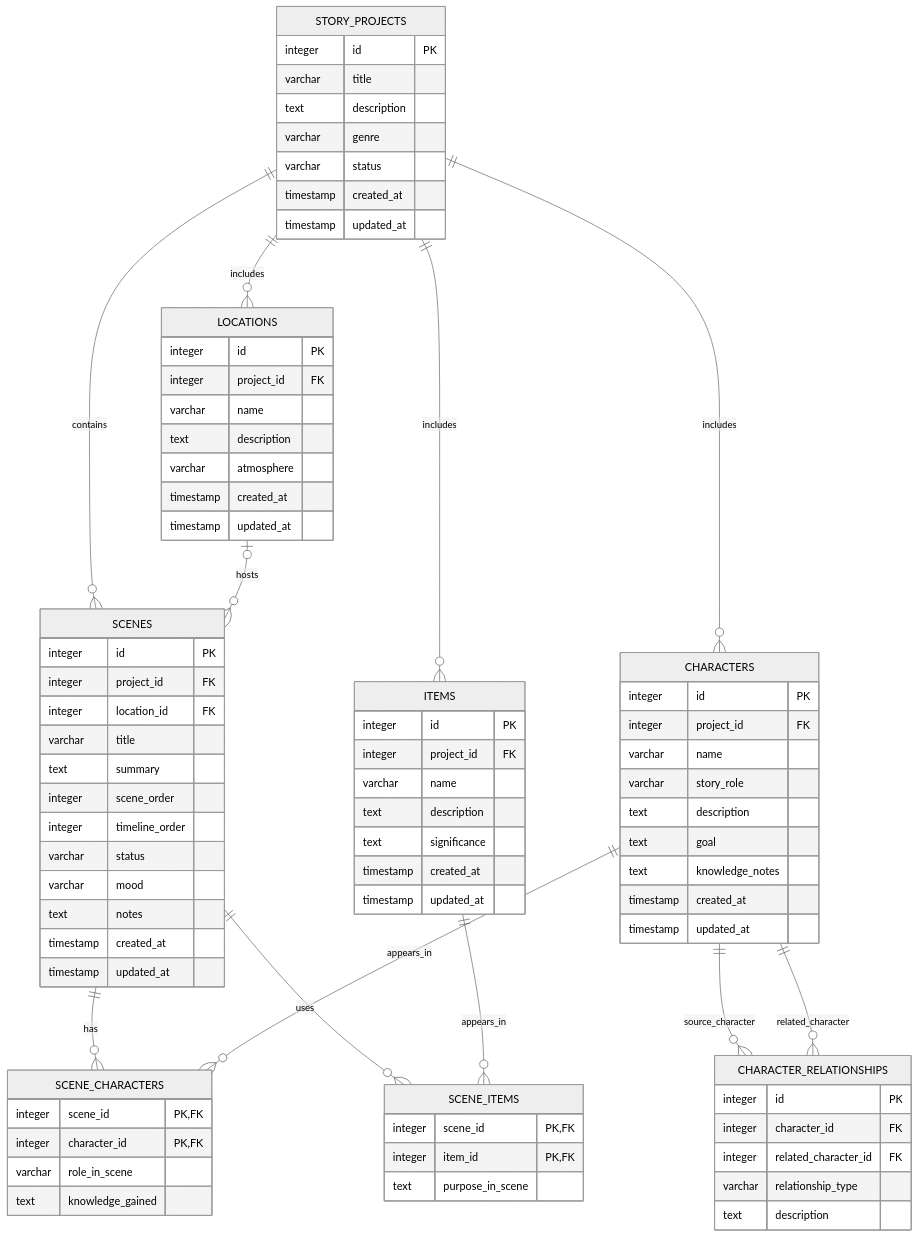
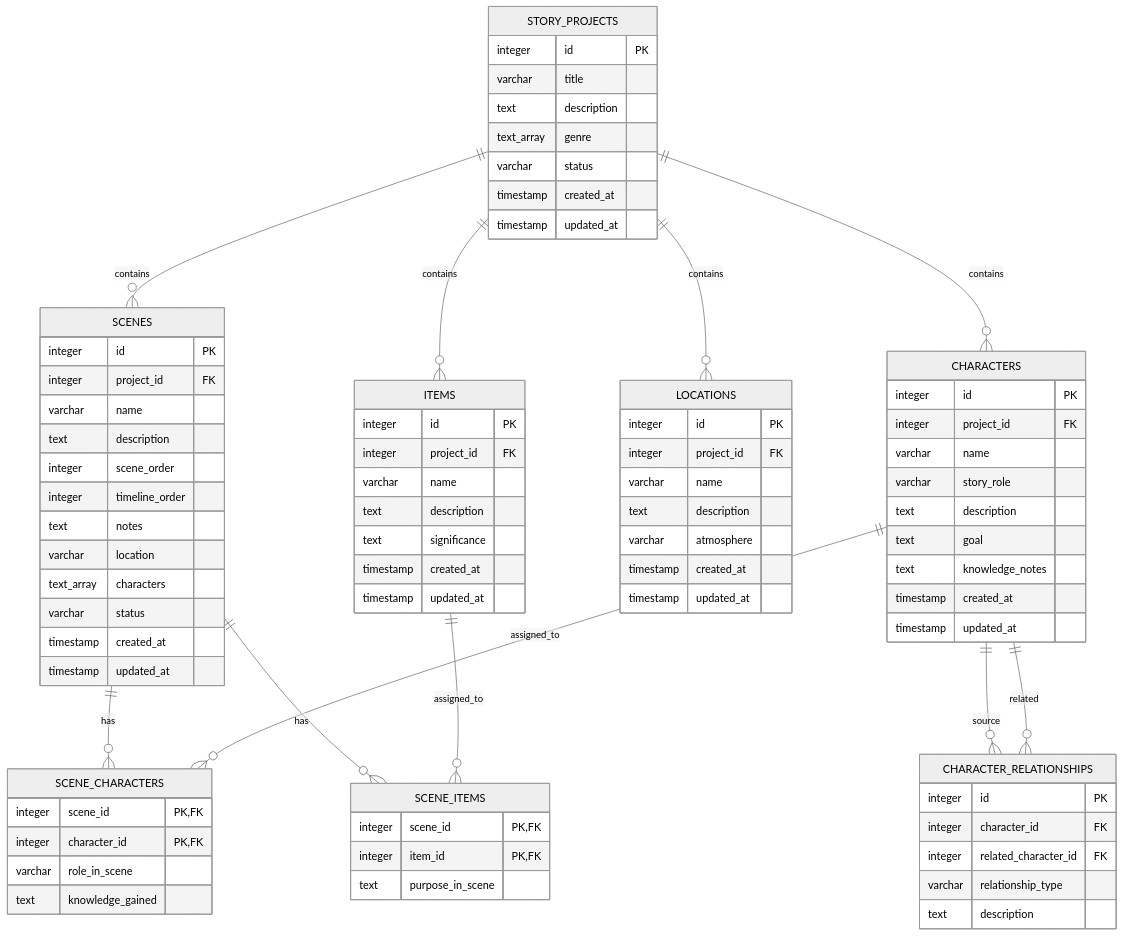
Before and after one commit to arcforge-scenecraft/arcforge: the first of 2 diagrams in planning/entity_relationship_diagram.md, drawn with Mermaid (neutral theme). The commit also changed other lines of this file, not shown here.

Commit message:
docs: update database schema and future data model

````diff
--- a/planning/entity_relationship_diagram.md
+++ b/planning/entity_relationship_diagram.md
@@ -22,38 +32,35 @@
 ```mermaid
 erDiagram
     STORY_PROJECTS ||--o{ SCENES : contains
-    STORY_PROJECTS ||--o{ CHARACTERS : includes
-    STORY_PROJECTS ||--o{ LOCATIONS : includes
-    STORY_PROJECTS ||--o{ ITEMS : includes
-    LOCATIONS o|--o{ SCENES : hosts
+    STORY_PROJECTS ||--o{ CHARACTERS : contains
+    STORY_PROJECTS ||--o{ LOCATIONS : contains
+    STORY_PROJECTS ||--o{ ITEMS : contains
+
     SCENES ||--o{ SCENE_CHARACTERS : has
-    CHARACTERS ||--o{ SCENE_CHARACTERS : appears_in
-    SCENES ||--o{ SCENE_ITEMS : uses
-    ITEMS ||--o{ SCENE_ITEMS : appears_in
-    CHARACTERS ||--o{ CHARACTER_RELATIONSHIPS : source_character
-    CHARACTERS ||--o{ CHARACTER_RELATIONSHIPS : related_character
+    CHARACTERS ||--o{ SCENE_CHARACTERS : assigned_to
+
+    SCENES ||--o{ SCENE_ITEMS : has
+    ITEMS ||--o{ SCENE_ITEMS : assigned_to
+
+    CHARACTERS ||--o{ CHARACTER_RELATIONSHIPS : source
+    CHARACTERS ||--o{ CHARACTER_RELATIONSHIPS : related
 
     STORY_PROJECTS {
         integer id PK
         varchar title
         text description
-        varchar genre
+        text_array genre
         varchar status
         timestamp created_at
         timestamp updated_at
     }
 
-    SCENES {
+    LOCATIONS {
         integer id PK
         integer project_id FK
-        integer location_id FK
-        varchar title
-        text summary
-        integer scene_order
-        integer timeline_order
-        varchar status
-        varchar mood
-        text notes
+        varchar name
+        text description
+        varchar atmosphere
         timestamp created_at
         timestamp updated_at
     }
@@ -70,20 +77,17 @@
         timestamp updated_at
     }
 
-    CHARACTER_RELATIONSHIPS {
-        integer id PK
-        integer character_id FK
-        integer related_character_id FK
-        varchar relationship_type
-        text description
-    }
-
-    LOCATIONS {
+    SCENES {
         integer id PK
         integer project_id FK
         varchar name
         text description
-        varchar atmosphere
+        integer scene_order
+        integer timeline_order
+        text notes
+        varchar location
+        text_array characters
+        varchar status
         timestamp created_at
         timestamp updated_at
     }
@@ -110,4 +114,12 @@
         integer item_id PK, FK
         text purpose_in_scene
     }
+
+    CHARACTER_RELATIONSHIPS {
+        integer id PK
+        integer character_id FK
+        integer related_character_id FK
+        varchar relationship_type
+        text description
+    }
 ```
````
